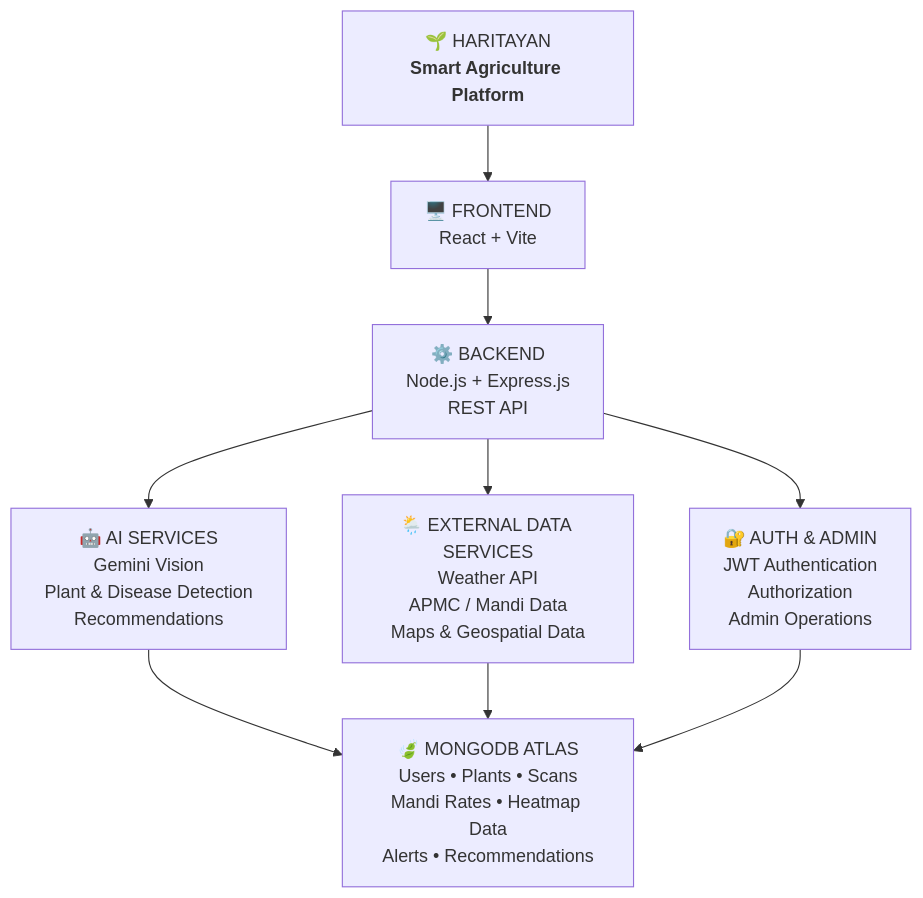
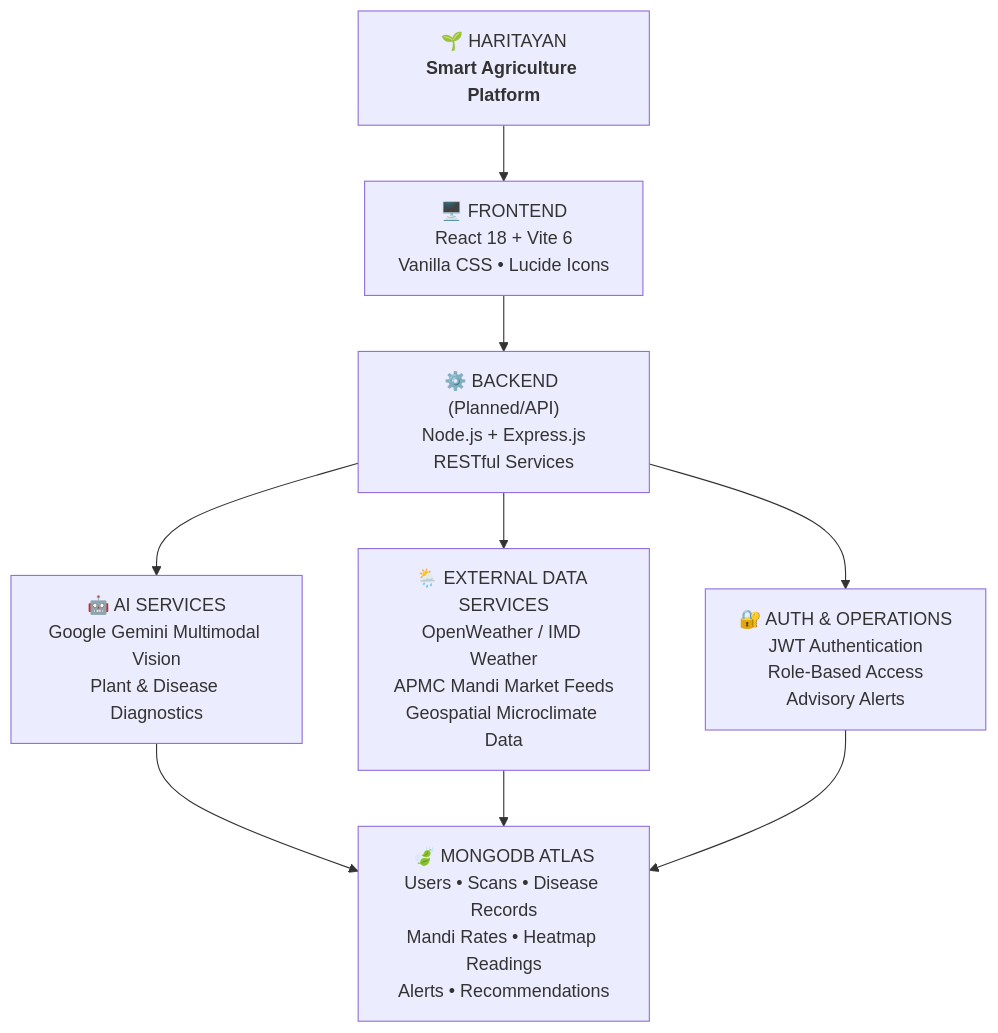
One commit to developerved2312/awt_se_project changed the diagram in README.md. Above: the diagram before and after it, drawn with Mermaid. The commit also changed other lines of this file and 5 other files, not shown here.

````diff
--- a/README.md
+++ b/README.md
@@ -38,28 +62,28 @@
 ```mermaid
 flowchart TD
 
     A["🌱 HARITAYAN<br/><b>Smart Agriculture Platform</b>"]
 
-    B["🖥️ FRONTEND<br/>React + Vite"]
+    B["🖥️ FRONTEND<br/>React 18 + Vite 6<br/>Vanilla CSS • Lucide Icons"]
 
-    C["⚙️ BACKEND<br/>Node.js + Express.js<br/>REST API"]
+    C["⚙️ BACKEND (Planned/API)<br/>Node.js + Express.js<br/>RESTful Services"]
 
-    D["🤖 AI SERVICES<br/>Gemini Vision<br/>Plant & Disease Detection<br/>Recommendations"]
+    D["🤖 AI SERVICES<br/>Google Gemini Multimodal Vision<br/>Plant & Disease Diagnostics"]
 
-    E["🌦️ EXTERNAL DATA SERVICES<br/>Weather API<br/>APMC / Mandi Data<br/>Maps & Geospatial Data"]
+    E["🌦️ EXTERNAL DATA SERVICES<br/>OpenWeather / IMD Weather<br/>APMC Mandi Market Feeds<br/>Geospatial Microclimate Data"]
 
-    F["🔐 AUTH & ADMIN<br/>JWT Authentication<br/>Authorization<br/>Admin Operations"]
+    F["🔐 AUTH & OPERATIONS<br/>JWT Authentication<br/>Role-Based Access<br/>Advisory Alerts"]
 
-    G["🍃 MONGODB ATLAS<br/>Users • Plants • Scans<br/>Mandi Rates • Heatmap Data<br/>Alerts • Recommendations"]
+    G["🍃 MONGODB ATLAS<br/>Users • Scans • Disease Records<br/>Mandi Rates • Heatmap Readings<br/>Alerts • Recommendations"]
 
     A --> B
     B --> C
 
     C --> D
     C --> E
     C --> F
 
     D --> G
     E --> G
     F --> G
 ```
````
